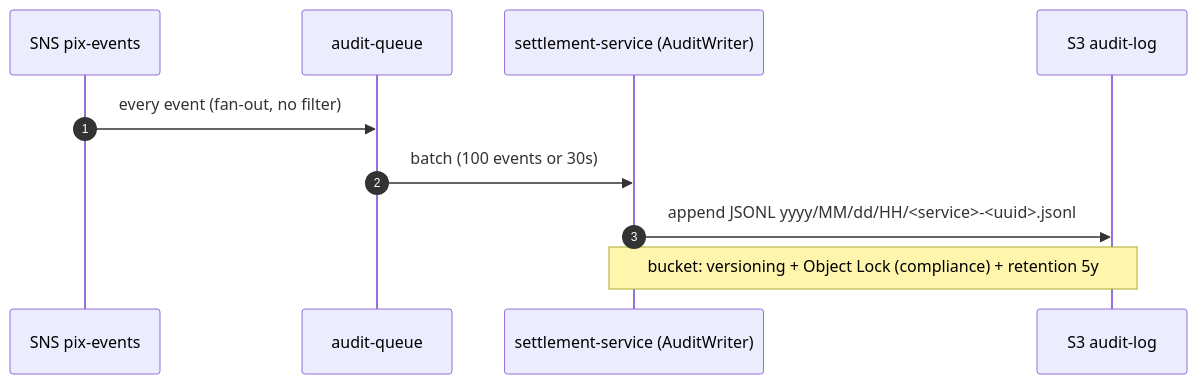
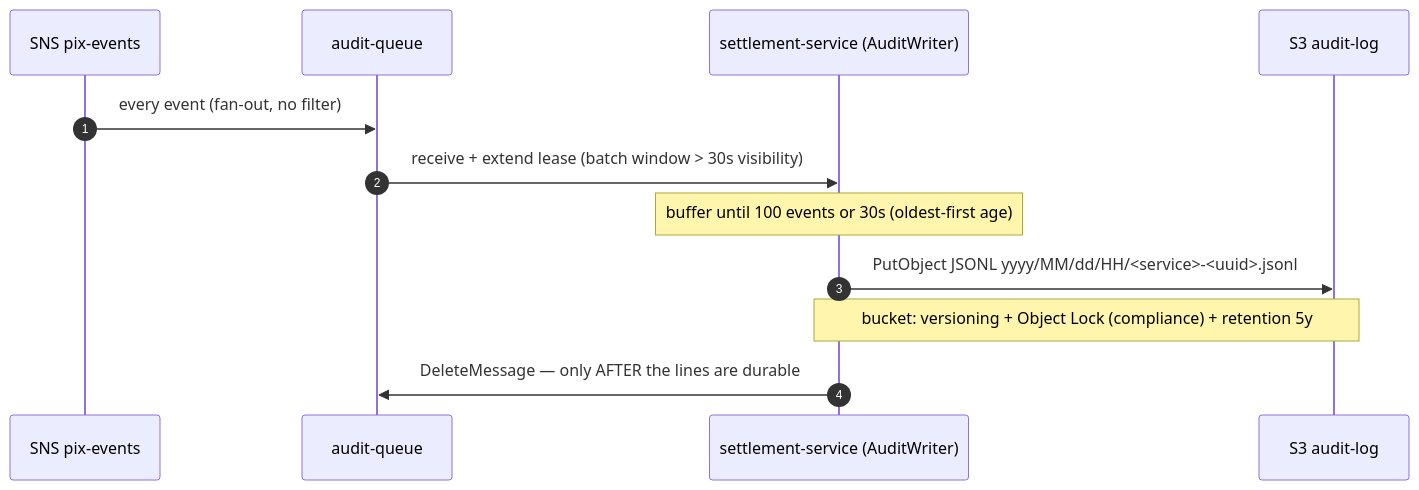
Before and after one commit to filiperibolli/platinumcoin-pix: diagram 14 of 17 in ARCHITECTURE.md, drawn with Mermaid. The commit also changed other lines of this file and 40 other files, not shown here.

````diff
--- a/ARCHITECTURE.md
+++ b/ARCHITECTURE.md
@@ -714,12 +755,14 @@
 ```mermaid
 sequenceDiagram
     autonumber
     participant SNS as SNS pix-events
     participant Q as audit-queue
     participant SET as settlement-service (AuditWriter)
     participant S3 as S3 audit-log
     SNS->>Q: every event (fan-out, no filter)
-    Q->>SET: batch (100 events or 30s)
-    SET->>S3: append JSONL yyyy/MM/dd/HH/<service>-<uuid>.jsonl
+    Q->>SET: receive + extend lease (batch window > 30s visibility)
+    Note over SET: buffer until 100 events or 30s (oldest-first age)
+    SET->>S3: PutObject JSONL yyyy/MM/dd/HH/<service>-<uuid>.jsonl
     Note over SET,S3: bucket: versioning + Object Lock (compliance) + retention 5y
+    SET->>Q: DeleteMessage — only AFTER the lines are durable
 ```
````
